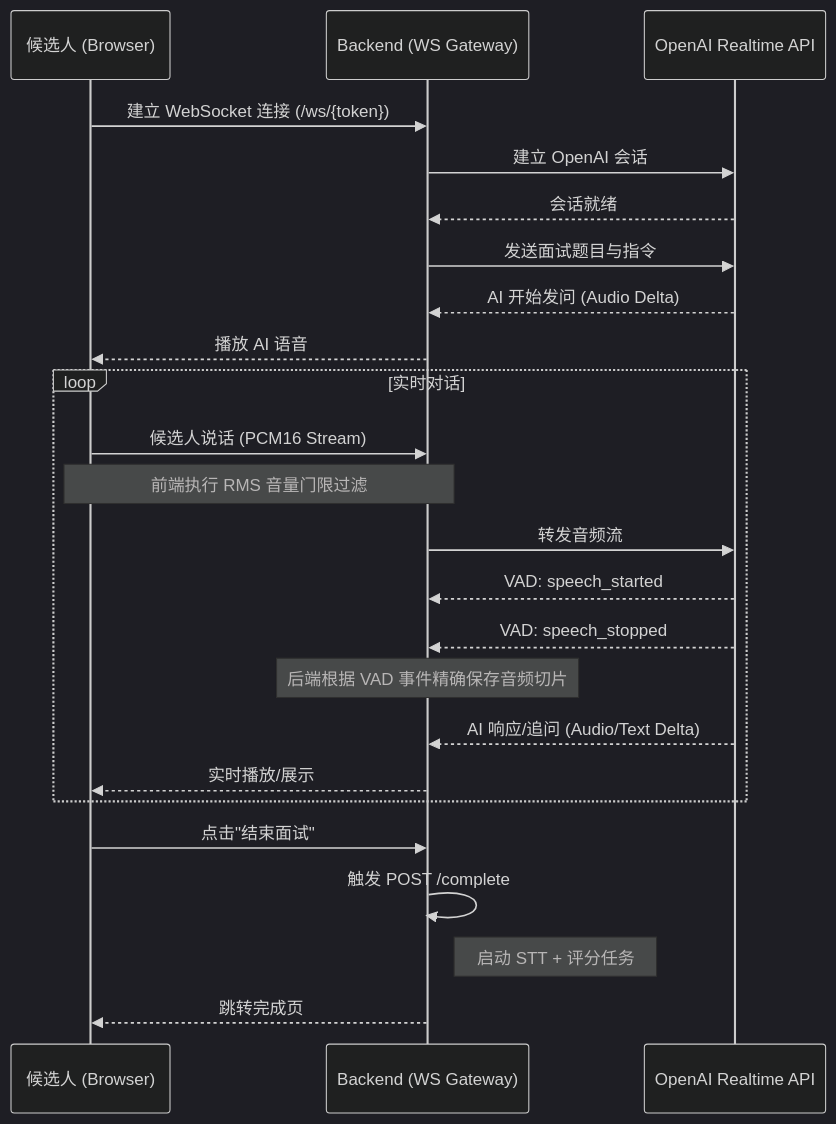
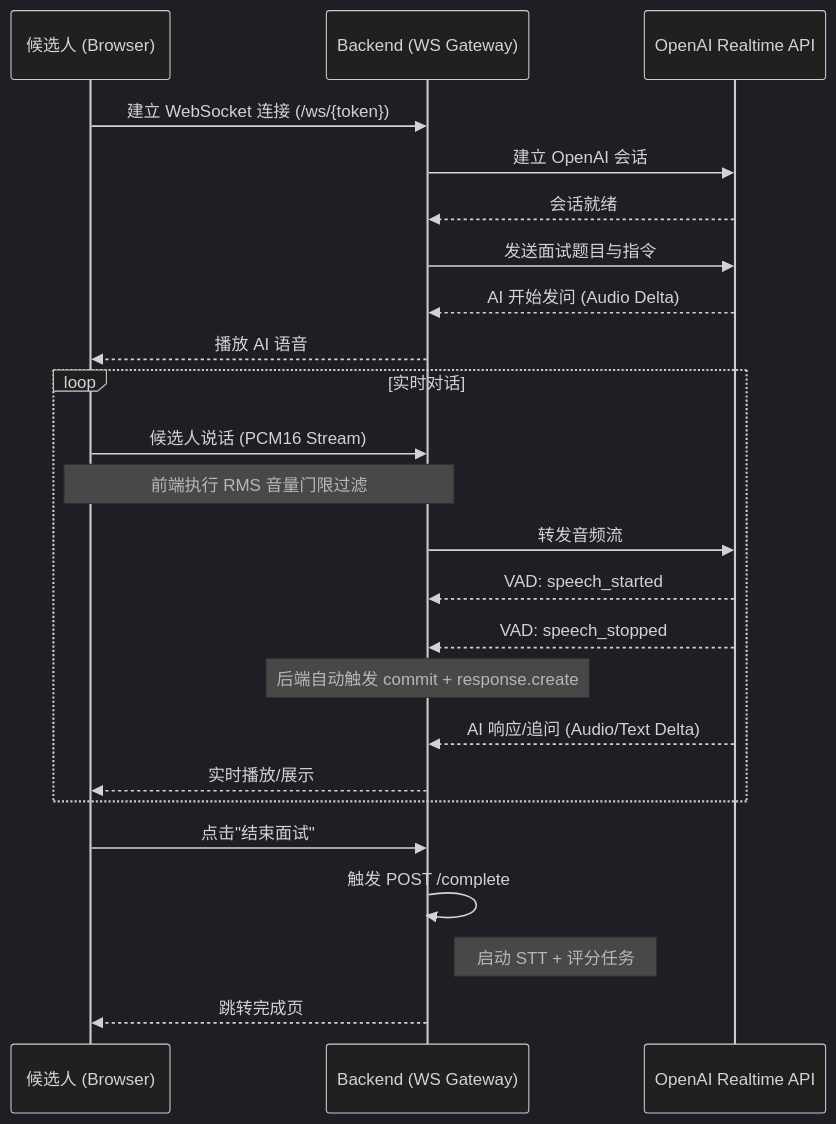
Before and after one commit to cziwen/AI_Interviewer: the diagram in spec_doc/2.2_candidate_interview.md, drawn with Mermaid (dark theme). The commit also changed other lines of this file and 4 other files, not shown here.

````diff
--- a/spec_doc/2.2_candidate_interview.md
+++ b/spec_doc/2.2_candidate_interview.md
@@ -8,29 +8,29 @@
 ```mermaid
 sequenceDiagram
     participant C as 候选人 (Browser)
     participant BE as Backend (WS Gateway)
     participant RT as OpenAI Realtime API
 
     C->>BE: 建立 WebSocket 连接 (/ws/{token})
     BE->>RT: 建立 OpenAI 会话
     RT-->>BE: 会话就绪
     BE->>RT: 发送面试题目与指令
     RT-->>BE: AI 开始发问 (Audio Delta)
     BE-->>C: 播放 AI 语音
     
     loop 实时对话
         C->>BE: 候选人说话 (PCM16 Stream)
         Note over C,BE: 前端执行 RMS 音量门限过滤
         BE->>RT: 转发音频流
         RT-->>BE: VAD: speech_started
         RT-->>BE: VAD: speech_stopped
-        Note over BE: 后端根据 VAD 事件精确保存音频切片
+        Note over BE: 后端自动触发 commit + response.create
         RT-->>BE: AI 响应/追问 (Audio/Text Delta)
         BE-->>C: 实时播放/展示
     end
 
     C->>BE: 点击"结束面试"
     BE->>BE: 触发 POST /complete
     Note right of BE: 启动 STT + 评分任务
     BE-->>C: 跳转完成页
 ```
````
